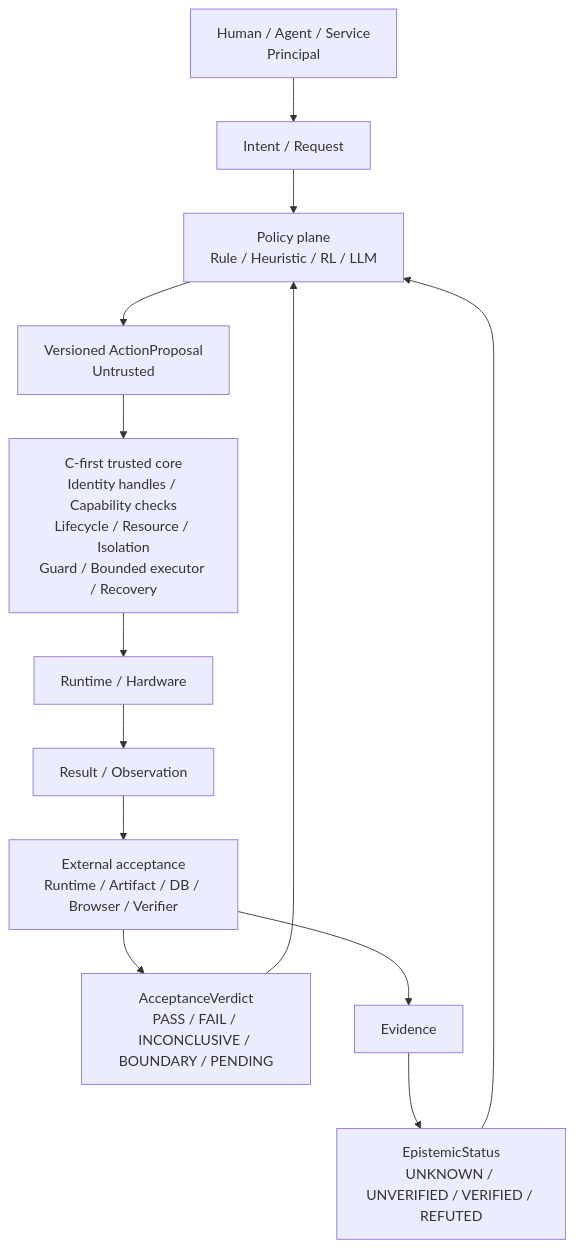
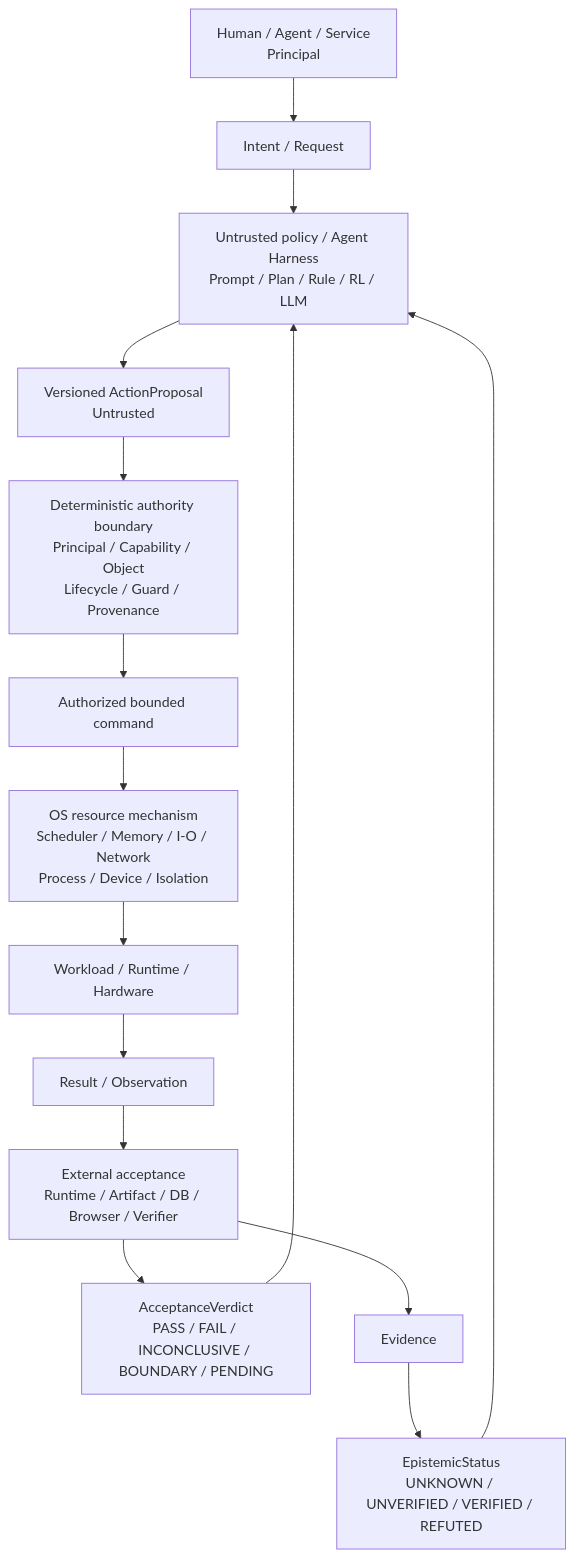
Before and after one commit to NoctilumeDev/FlowKernel: the diagram in docs/execution-os-constitution.md, drawn with Mermaid. The commit also changed other lines of this file and 5 other files, not shown here.

Commit message:
docs: separate agent authority from resource control

````diff
--- a/docs/execution-os-constitution.md
+++ b/docs/execution-os-constitution.md
@@ -116,15 +120,17 @@
 ```mermaid
 flowchart TD
     principal["Human / Agent / Service\nPrincipal"] --> intent["Intent / Request"]
-    intent --> policy["Policy plane\nRule / Heuristic / RL / LLM"]
+    intent --> policy["Untrusted policy / Agent Harness\nPrompt / Plan / Rule / RL / LLM"]
     policy --> proposal["Versioned ActionProposal\nUntrusted"]
-    proposal --> core["C-first trusted core\nIdentity handles / Capability checks\nLifecycle / Resource / Isolation\nGuard / Bounded executor / Recovery"]
-    core --> runtime["Runtime / Hardware"]
+    proposal --> authority["Deterministic authority boundary\nPrincipal / Capability / Object\nLifecycle / Guard / Provenance"]
+    authority --> command["Authorized bounded command"]
+    command --> mechanism["OS resource mechanism\nScheduler / Memory / I-O / Network\nProcess / Device / Isolation"]
+    mechanism --> runtime["Workload / Runtime / Hardware"]
     runtime --> observation["Result / Observation"]
     observation --> acceptance["External acceptance\nRuntime / Artifact / DB / Browser / Verifier"]
     acceptance --> runVerdict["AcceptanceVerdict\nPASS / FAIL / INCONCLUSIVE / BOUNDARY / PENDING"]
     acceptance --> evidence["Evidence"]
     evidence --> epistemic["EpistemicStatus\nUNKNOWN / UNVERIFIED / VERIFIED / REFUTED"]
     runVerdict --> policy
     epistemic --> policy
 ```
````
